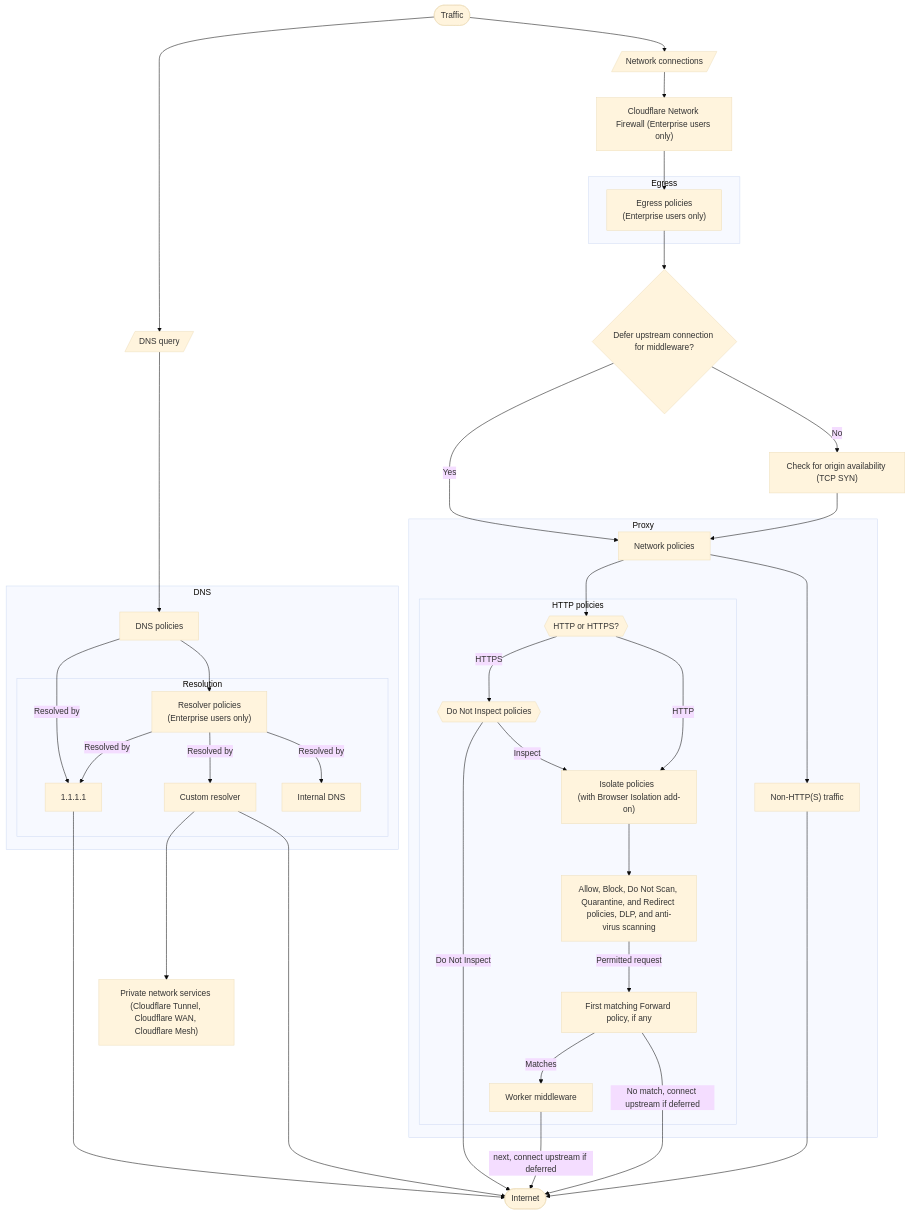
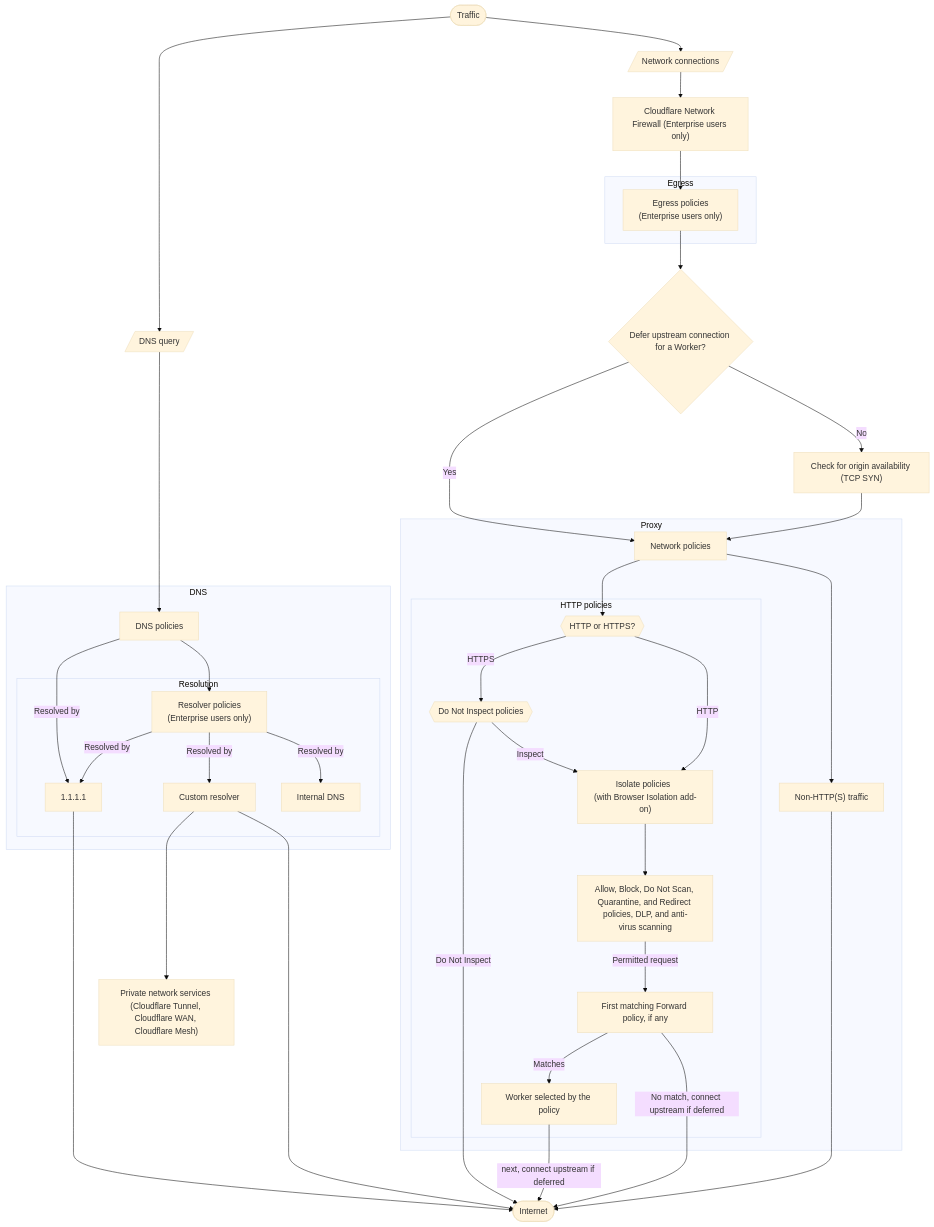
Before and after one commit to cloudflare/cloudflare-docs: the diagram in src/content/partials/cloudflare-one/gateway/order-of-enforcement.mdx, drawn with Mermaid (base theme). The commit also changed other lines of this file and 14 other files, not shown here.

Commit message:
[Cloudflare One] Clarify Forward terminology and Worker entrypoint

````diff
--- a/src/content/partials/cloudflare-one/gateway/order-of-enforcement.mdx
+++ b/src/content/partials/cloudflare-one/gateway/order-of-enforcement.mdx
@@ -7,62 +7,62 @@
 ```mermaid
 flowchart TB
     %% Accessibility
     accTitle: Gateway order of enforcement
-    accDescr: Flowchart describing request enforcement for Gateway policies. For permitted HTTP requests, the first matching Forward policy invokes a Worker before continuing upstream. Final responses are inspected after middleware.
+    accDescr: Flowchart describing request enforcement for Gateway policies. For permitted HTTP requests, the first matching Forward policy invokes a Worker before continuing upstream. Gateway inspects the final response returned by the Worker.
 
  subgraph Resolution["Resolution"]
         dns2["1.1.1.1"]
         dns4["Custom resolver"]
         dns3["Resolver policies <br>(Enterprise users only)"]
         internal["Internal DNS"]
   end
  subgraph DNS["DNS"]
         dns1["DNS policies"]
         Resolution
   end
  subgraph HTTP["HTTP policies"]
         http1{{"Do Not Inspect policies"}}
         http2["Isolate policies  <br>(with Browser Isolation add-on)"]
         http3["Allow, Block, Do Not Scan, Quarantine, and Redirect policies, DLP, and anti-virus scanning"]
         forward["First matching Forward policy, if any"]
-        worker["Worker middleware"]
+        worker["Worker selected by the policy"]
         https["HTTP or HTTPS?"]
   end
  subgraph Proxy["Proxy"]
         HTTP
         network1["Network policies"]
         nonhttp["Non-HTTP(S) traffic"]
   end
  subgraph Egress["Egress"]
         egress1["Egress policies <br>(Enterprise users only)"]
   end
     start(["Traffic"]) --> dns0[/"DNS query"/] & http0["Network connections"]
     dns0 ----> dns1
     dns1 -- Resolved by --> dns2
     dns1 --> dns3
     dns3 -- Resolved by --> dns4
     dns2 -----> internet(["Internet"])
     dns4 -----> internet
     dns4 ---> cloudflare["Private network services <br>(Cloudflare Tunnel, Cloudflare WAN, Cloudflare Mesh)"]
     http1 -- Do Not Inspect --> internet
     http1 -- Inspect --> http2
     http2 --> http3
     http0 --> magic["Cloudflare Network Firewall (Enterprise users only)"]
     magic --> egress1
-    egress1 --> timing{"Defer upstream connection for middleware?"}
+    egress1 --> timing{"Defer upstream connection for a Worker?"}
     timing -- No --> tcp["Check for origin availability (TCP SYN)"]
     timing -- Yes --> network1
     tcp --> network1
     http3 -- Permitted request --> forward
     forward -- Matches --> worker
     worker -- next, connect upstream if deferred --> internet
     forward -- No match, connect upstream if deferred --> internet
     https -- HTTPS --> http1
     https -- HTTP --> http2
     network1 --> https & nonhttp
     dns3 -- Resolved by --> internal & dns2
     nonhttp -----> internet
 
     https@{ shape: hex}
     http0@{ shape: lean-r}
 ```
````
